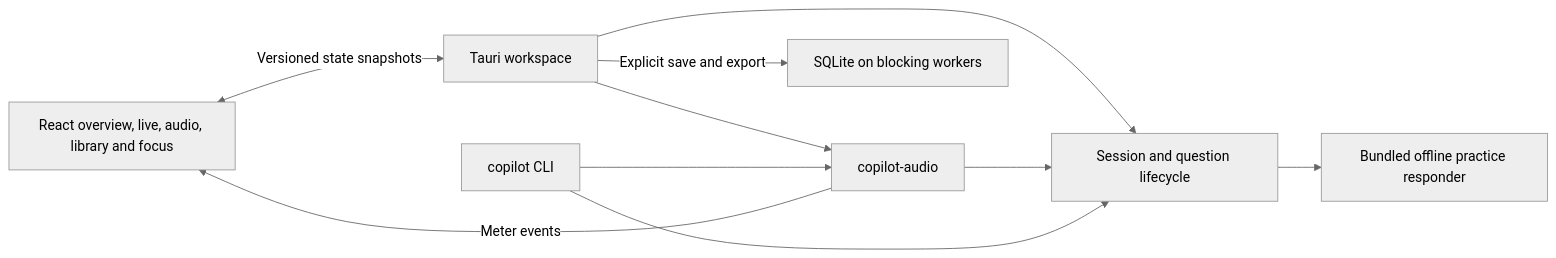
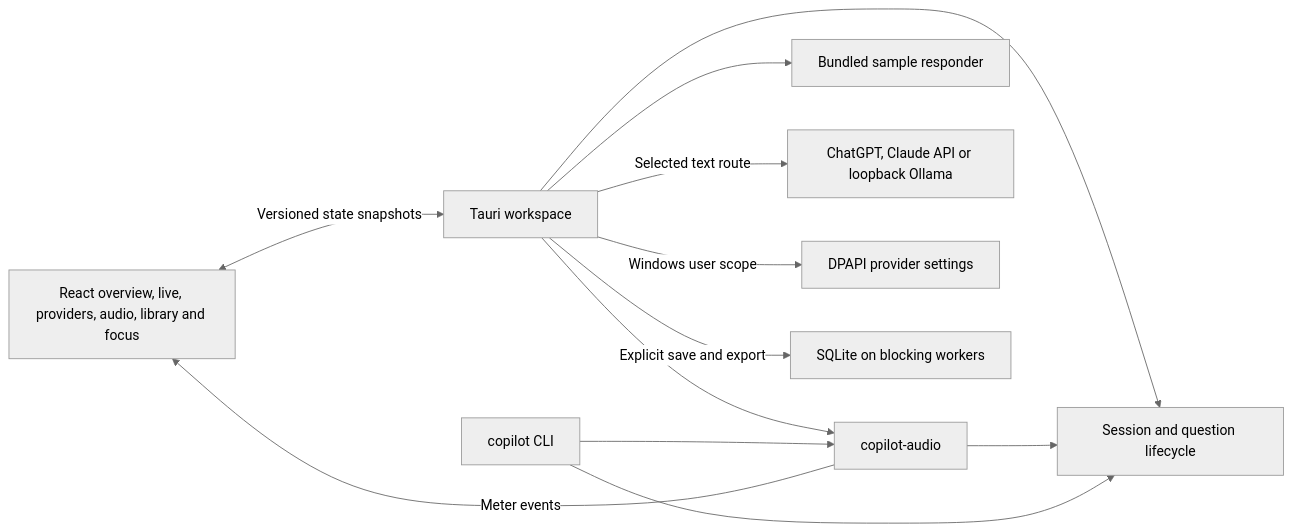
Before and after one commit to Jigsaw777/OpenKeet: the first of 2 diagrams in docs/architecture/DESKTOP_3_0.md, drawn with Mermaid (neutral theme). The commit also changed other lines of this file and 7 other files, not shown here.

Commit message:
Record provider authorization, UI review, and Windows validation

````diff
--- a/docs/architecture/DESKTOP_3_0.md
+++ b/docs/architecture/DESKTOP_3_0.md
@@ -5,12 +5,14 @@
 ```mermaid
 flowchart LR
-  UI[React overview, live, audio, library and focus] <-->|Versioned state snapshots| Desktop[Tauri workspace]
+  UI[React overview, live, providers, audio, library and focus] <-->|Versioned state snapshots| Desktop[Tauri workspace]
   Desktop --> Core[Session and question lifecycle]
   Desktop --> Audio[copilot-audio]
   Audio -->|"Meter events"| UI
   Audio --> Core
-  Core --> Practice[Bundled offline practice responder]
+  Desktop --> Practice[Bundled sample responder]
+  Desktop -->|Selected text route| Providers[ChatGPT, Claude API or loopback Ollama]
+  Desktop -->|Windows user scope| Vault[DPAPI provider settings]
   Desktop -->|Explicit save and export| Store[SQLite on blocking workers]
   CLI[copilot CLI] --> Audio
   CLI --> Core
 ```
````
